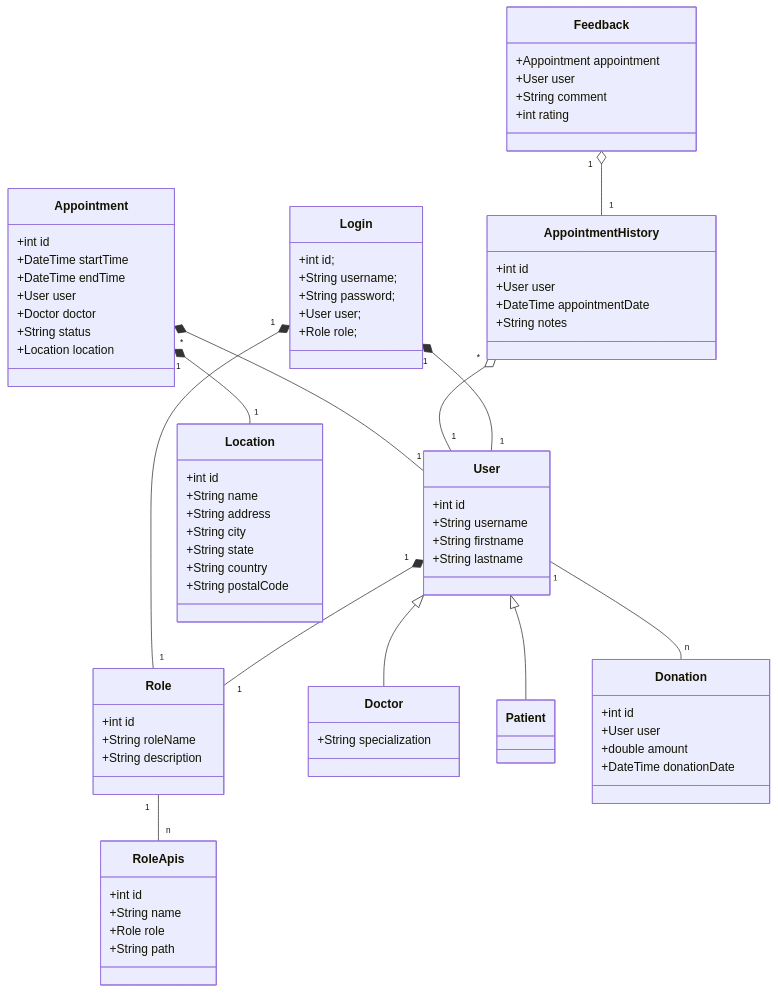
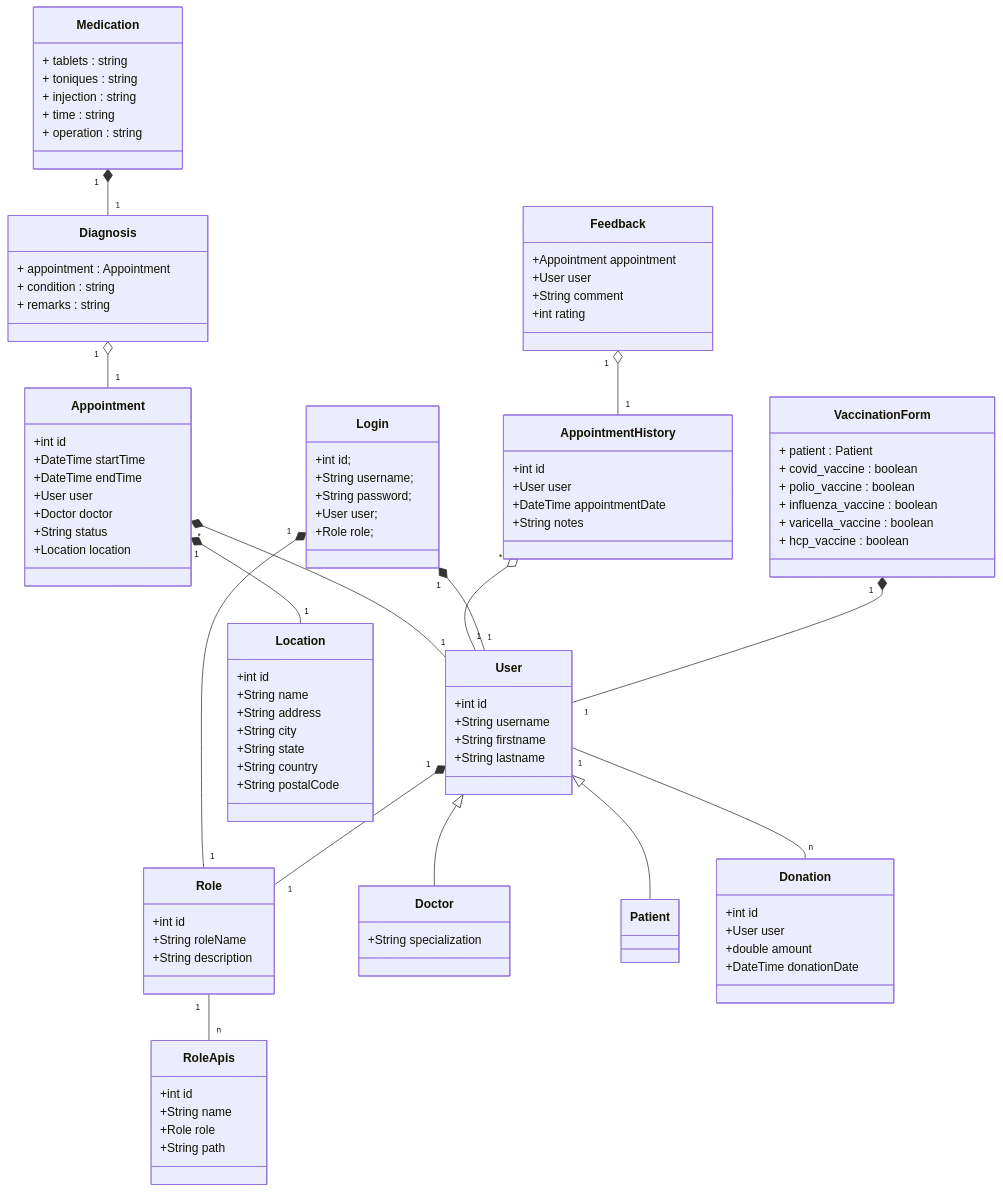
The diagram in docs/model.md (GokulaKrishnanRGK/codecare), drawn with Mermaid before and after one commit. The commit also changed 1 other file, not shown here.

Commit message:
MedicalHIstory ObjectModel and Yaml #5

````diff
--- a/docs/model.md
+++ b/docs/model.md
@@ -79,6 +79,29 @@
         +double amount
         +DateTime donationDate
     }
+     class Diagnosis{
+        + appointment : Appointment
+        + condition : string
+        + remarks : string
+
+    }
+    class Medication {
+        + tablets : string
+        + toniques : string
+        + injection : string
+        + time : string
+        + operation : string
+    }
+    class VaccinationForm {
+        + patient : Patient
+        + covid_vaccine : boolean
+        + polio_vaccine : boolean
+        + influenza_vaccine : boolean
+        + varicella_vaccine : boolean
+        + hcp_vaccine : boolean
+    }
+
+   
 
     User <|-- Doctor
     User <|-- Patient
@@ -94,5 +117,9 @@
     User "1" *-- "1" Role
     Role "1" -- "n" RoleApis
     User "1" -- "n" Donation
+    
+    Diagnosis "1" o-- "1" Appointment
+    Medication "1" *-- "1" Diagnosis 
+    VaccinationForm "1" *-- "1" User
 
 ```
````
